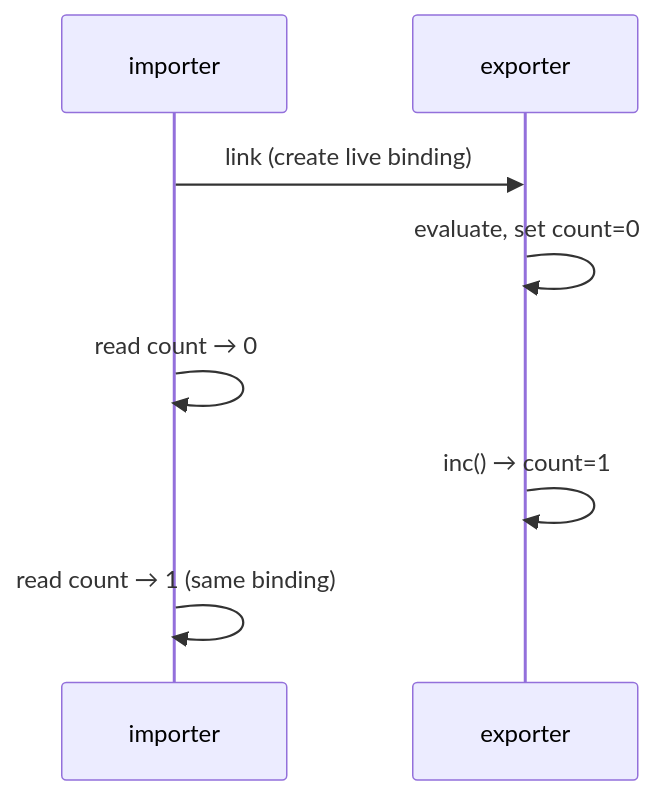
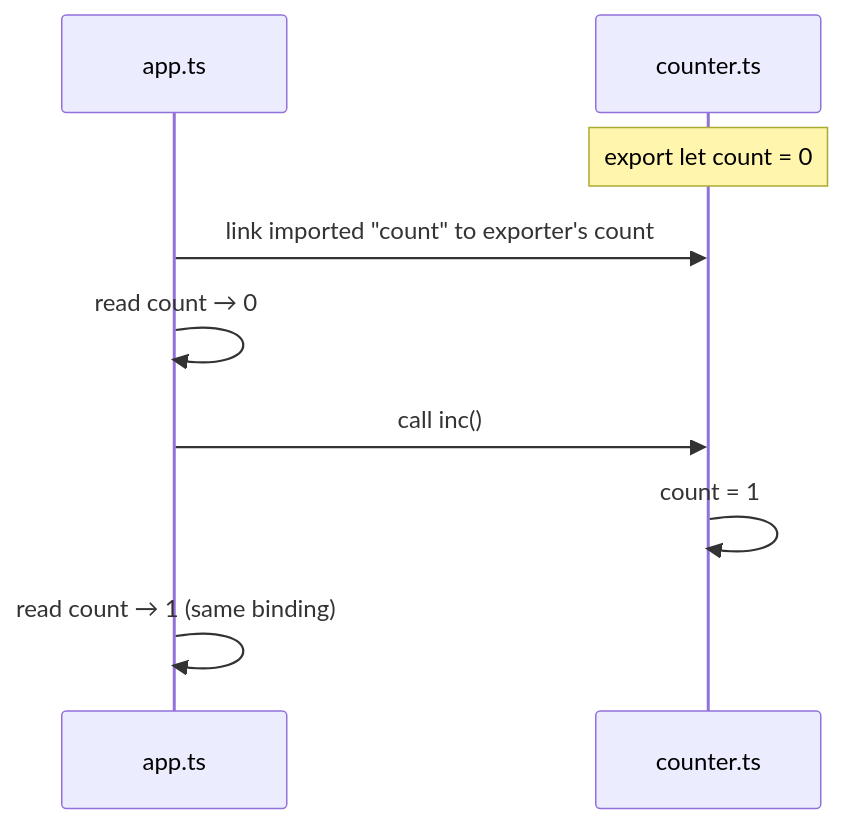
The third of 5 diagrams in docs/javascript/13-modules.md (prajjwaljogdand/FullstackPreparation), drawn with Mermaid before and after one commit. The commit also changed other lines of this file and 91 other files, not shown here.

````diff
--- a/docs/javascript/13-modules.md
+++ b/docs/javascript/13-modules.md
@@ -83,10 +295,11 @@
 ```mermaid
 sequenceDiagram
-  participant A as importer
-  participant B as exporter
-  A->>B: link (create live binding)
-  B->>B: evaluate, set count=0
-  A->>A: read count → 0
-  B->>B: inc() → count=1
-  A->>A: read count → 1 (same binding)
+  participant App as app.ts
+  participant Ctr as counter.ts
+  Note over Ctr: export let count = 0
+  App->>Ctr: link imported "count" to exporter's count
+  App->>App: read count → 0
+  App->>Ctr: call inc()
+  Ctr->>Ctr: count = 1
+  App->>App: read count → 1 (same binding)
 ```
````
